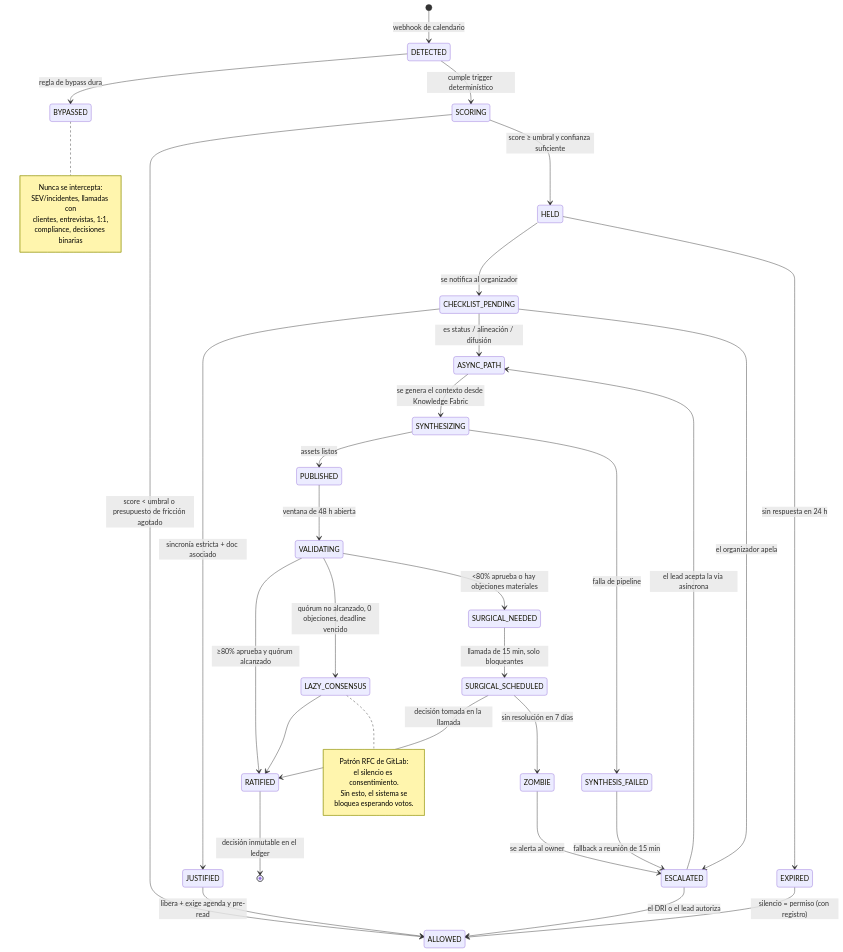
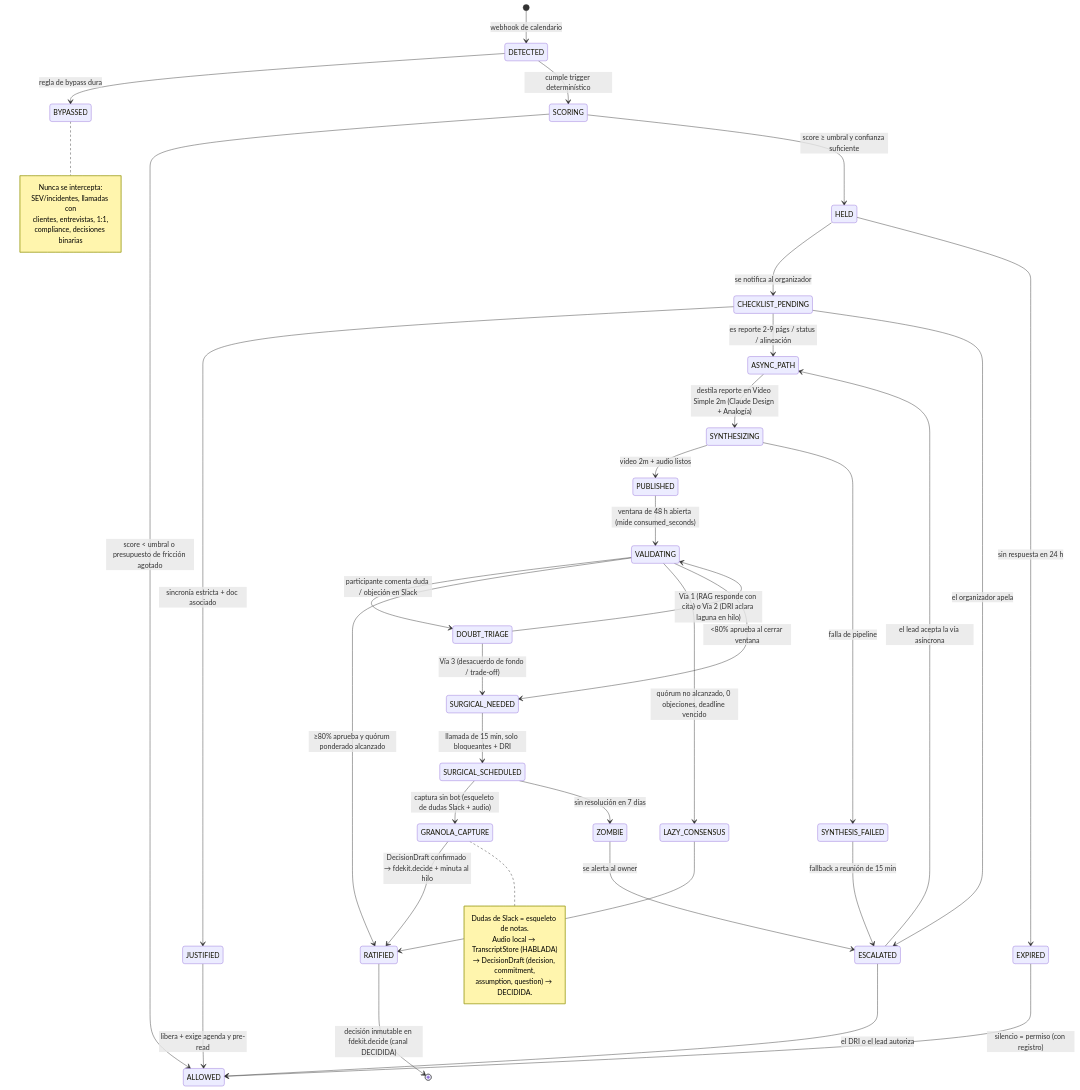
The sixth of 6 diagrams in docs/meeting-killer-os-arquitectura.md (esstipi-debug/mellon), drawn with Mermaid before and after one commit. The commit also changed other lines of this file, not shown here.

Commit message:
docs: actualizar diagramas C4, secuencia, maquina de estados y pseudocodigo con video simple 2m, triaje 3 vias y Granola + fdekit.decide

````diff
--- a/docs/meeting-killer-os-arquitectura.md
+++ b/docs/meeting-killer-os-arquitectura.md
@@ -595,57 +589,62 @@
 ```mermaid
 stateDiagram-v2
     [*] --> DETECTED : webhook de calendario
 
     DETECTED --> BYPASSED : regla de bypass dura
     DETECTED --> SCORING : cumple trigger determinístico
 
     SCORING --> ALLOWED : score < umbral o presupuesto de fricción agotado
     SCORING --> HELD : score ≥ umbral y confianza suficiente
 
     HELD --> CHECKLIST_PENDING : se notifica al organizador
     HELD --> EXPIRED : sin respuesta en 24 h
 
     CHECKLIST_PENDING --> JUSTIFIED : sincronía estricta + doc asociado
-    CHECKLIST_PENDING --> ASYNC_PATH : es status / alineación / difusión
+    CHECKLIST_PENDING --> ASYNC_PATH : es reporte 2-9 págs / status / alineación
     CHECKLIST_PENDING --> ESCALATED : el organizador apela
 
     JUSTIFIED --> ALLOWED : libera + exige agenda y pre-read
 
-    ASYNC_PATH --> SYNTHESIZING : se genera el contexto desde Knowledge Fabric
-    SYNTHESIZING --> PUBLISHED : assets listos
+    ASYNC_PATH --> SYNTHESIZING : destila reporte en Video Simple 2m (Claude Design + Analogía)
+    SYNTHESIZING --> PUBLISHED : video 2m + audio listos
     SYNTHESIZING --> SYNTHESIS_FAILED : falla de pipeline
     SYNTHESIS_FAILED --> ESCALATED : fallback a reunión de 15 min
 
-    PUBLISHED --> VALIDATING : ventana de 48 h abierta
+    PUBLISHED --> VALIDATING : ventana de 48 h abierta (mide consumed_seconds)
 
-    VALIDATING --> RATIFIED : ≥80% aprueba y quórum alcanzado
+    VALIDATING --> DOUBT_TRIAGE : participante comenta duda / objeción en Slack
+    DOUBT_TRIAGE --> VALIDATING : Vía 1 (RAG responde con cita) o Vía 2 (DRI aclara laguna en hilo)
+    DOUBT_TRIAGE --> SURGICAL_NEEDED : Vía 3 (desacuerdo de fondo / trade-off)
+
+    VALIDATING --> RATIFIED : ≥80% aprueba y quórum ponderado alcanzado
     VALIDATING --> LAZY_CONSENSUS : quórum no alcanzado, 0 objeciones, deadline vencido
-    VALIDATING --> SURGICAL_NEEDED : <80% aprueba o hay objeciones materiales
+    VALIDATING --> SURGICAL_NEEDED : <80% aprueba al cerrar ventana
 
     LAZY_CONSENSUS --> RATIFIED
-    RATIFIED --> [*] : decisión inmutable en el ledger
+    RATIFIED --> [*] : decisión inmutable en fdekit.decide (canal DECIDIDA)
 
-    SURGICAL_NEEDED --> SURGICAL_SCHEDULED : llamada de 15 min, solo bloqueantes
-    SURGICAL_SCHEDULED --> RATIFIED : decisión tomada en la llamada
+    SURGICAL_NEEDED --> SURGICAL_SCHEDULED : llamada de 15 min, solo bloqueantes + DRI
+    SURGICAL_SCHEDULED --> GRANOLA_CAPTURE : captura sin bot (esqueleto de dudas Slack + audio)
+    GRANOLA_CAPTURE --> RATIFIED : DecisionDraft confirmado → fdekit.decide + minuta al hilo
     SURGICAL_SCHEDULED --> ZOMBIE : sin resolución en 7 días
 
     EXPIRED --> ALLOWED : silencio = permiso (con registro)
     ESCALATED --> ALLOWED : el DRI o el lead autoriza
     ESCALATED --> ASYNC_PATH : el lead acepta la vía asíncrona
 
     ZOMBIE --> ESCALATED : se alerta al owner
 
     note right of BYPASSED
         Nunca se intercepta:
         SEV/incidentes, llamadas con
         clientes, entrevistas, 1:1,
         compliance, decisiones binarias
     end note
 
-    note right of LAZY_CONSENSUS
-        Patrón RFC de GitLab:
-        el silencio es consentimiento.
-        Sin esto, el sistema se
-        bloquea esperando votos.
+    note right of GRANOLA_CAPTURE
+        Dudas de Slack = esqueleto de notas.
+        Audio local → TranscriptStore (HABLADA)
+        → DecisionDraft (decision, commitment,
+        assumption, question) → DECIDIDA.
     end note
 ```
````
